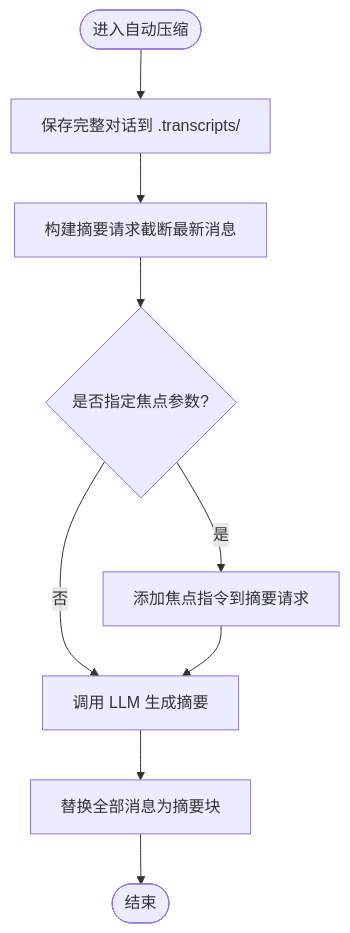
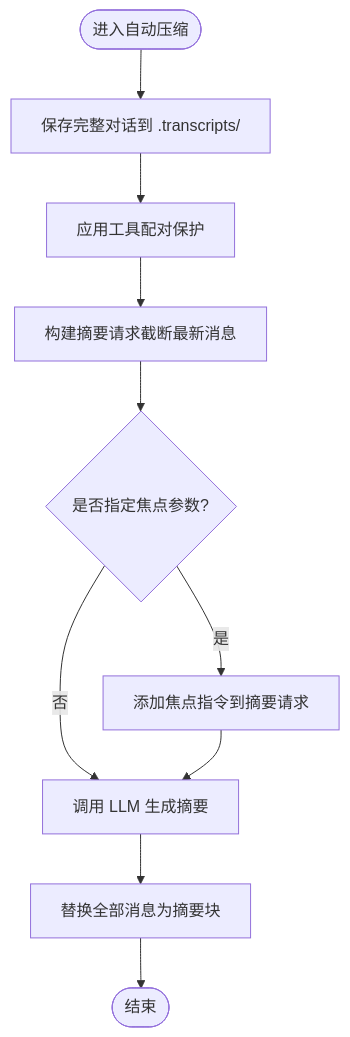
Before and after one commit to haolange/learn-claude-code: the fourth of 6 diagrams in .qoder/repowiki/zh/content/规划与知识管理/上下文压缩机制.md, drawn with Mermaid. The commit also changed other lines of this file and 6 other files, not shown here.

````diff
--- a/.qoder/repowiki/zh/content/规划与知识管理/上下文压缩机制.md
+++ b/.qoder/repowiki/zh/content/规划与知识管理/上下文压缩机制.md
@@ -164,11 +172,12 @@
 ```mermaid
 flowchart TD
 Enter(["进入自动压缩"]) --> Save["保存完整对话到 .transcripts/"]
-Save --> BuildPrompt["构建摘要请求截断最新消息"]
+Save --> PairProtect["应用工具配对保护"]
+PairProtect --> BuildPrompt["构建摘要请求截断最新消息"]
 BuildPrompt --> CheckFocus{"是否指定焦点参数?"}
 CheckFocus --> |是| AddFocus["添加焦点指令到摘要请求"]
 CheckFocus --> |否| CallLLM["调用 LLM 生成摘要"]
 AddFocus --> CallLLM
 CallLLM --> Replace["替换全部消息为摘要块"]
 Replace --> Exit(["结束"])
 ```
````
